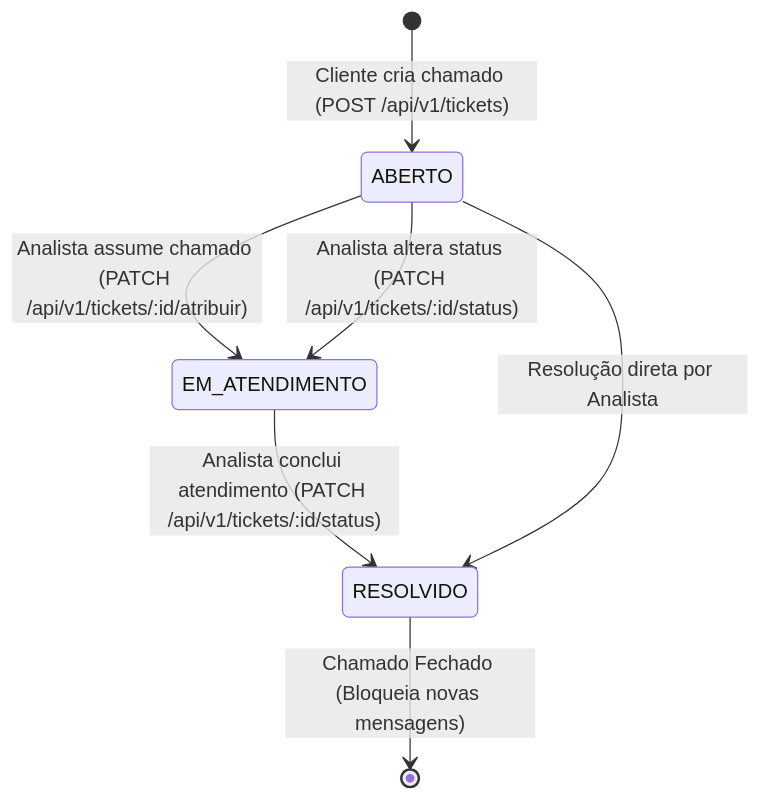
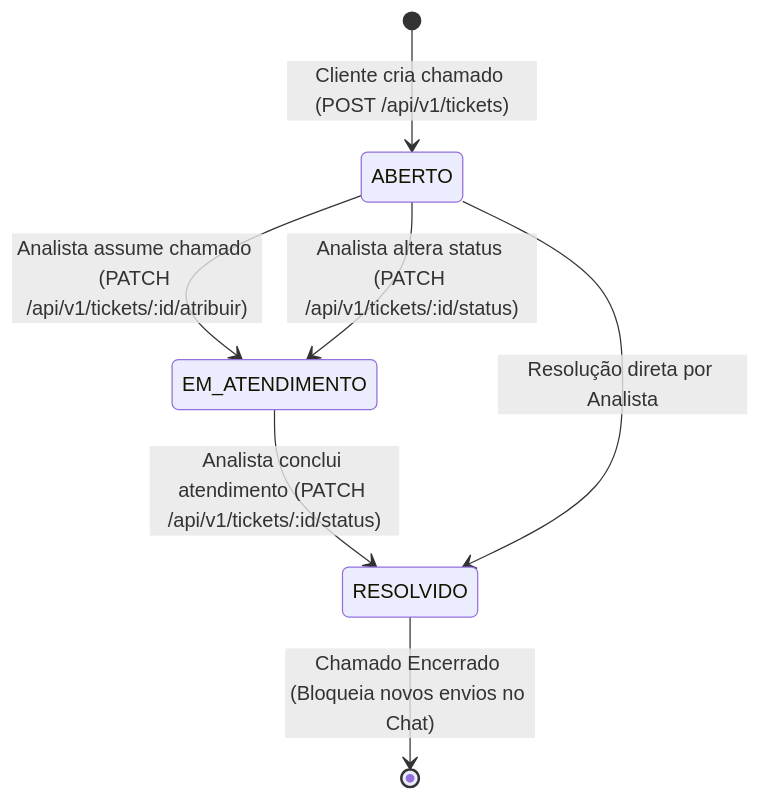
The diagram in README.md (Desenvolvimento-Web-2026-1-ENG/ConnectTickets), drawn with Mermaid before and after one commit. The commit also changed other lines of this file, not shown here.

````diff
--- a/README.md
+++ b/README.md
@@ -64,9 +92,9 @@
 ```mermaid
 stateDiagram-v2
     [*] --> ABERTO : Cliente cria chamado (POST /api/v1/tickets)
     ABERTO --> EM_ATENDIMENTO : Analista assume chamado (PATCH /api/v1/tickets/:id/atribuir)
     ABERTO --> EM_ATENDIMENTO : Analista altera status (PATCH /api/v1/tickets/:id/status)
     EM_ATENDIMENTO --> RESOLVIDO : Analista conclui atendimento (PATCH /api/v1/tickets/:id/status)
     ABERTO --> RESOLVIDO : Resolução direta por Analista
-    RESOLVIDO --> [*] : Chamado Fechado (Bloqueia novas mensagens)
+    RESOLVIDO --> [*] : Chamado Encerrado (Bloqueia novos envios no Chat)
 ```
````
